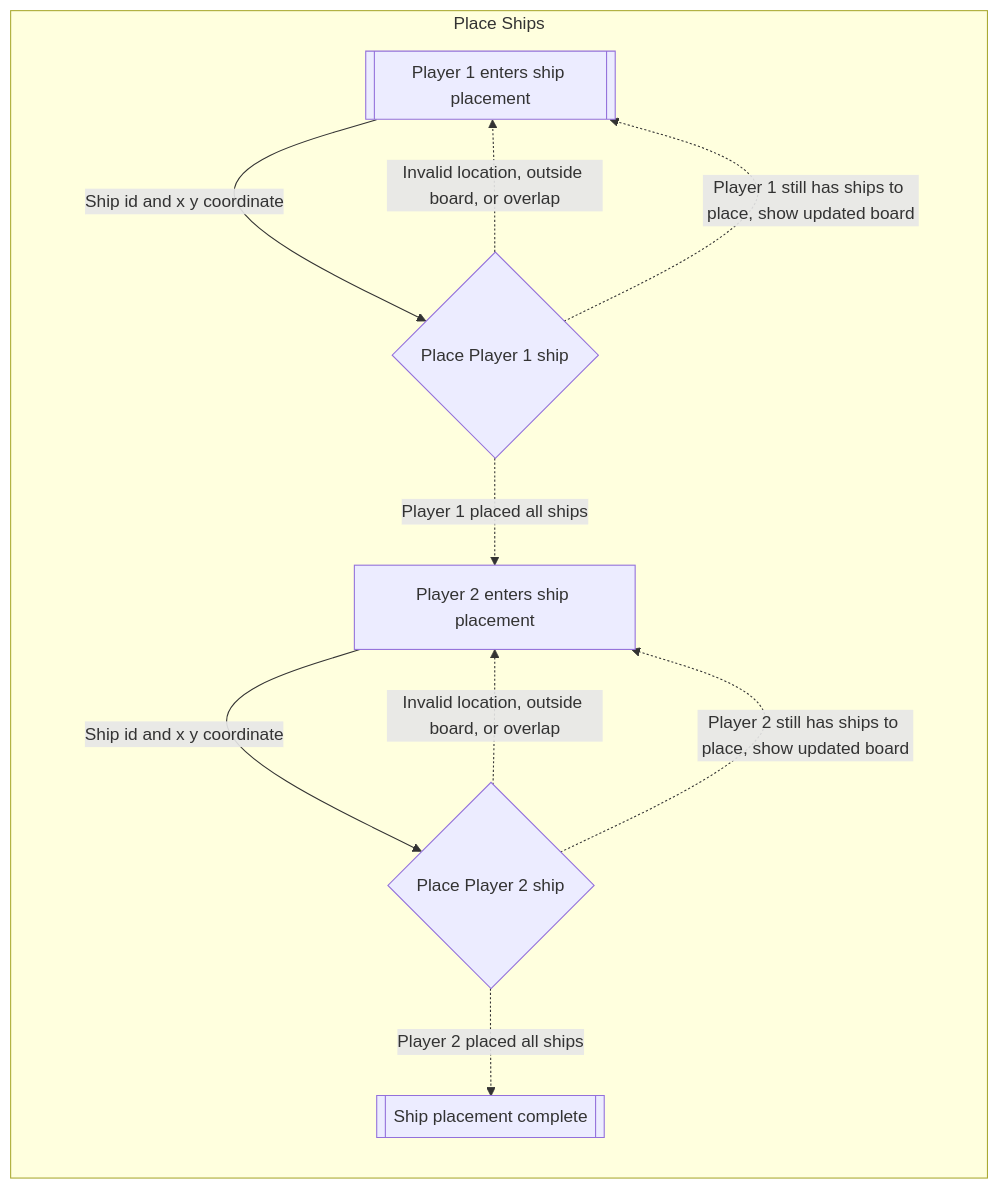
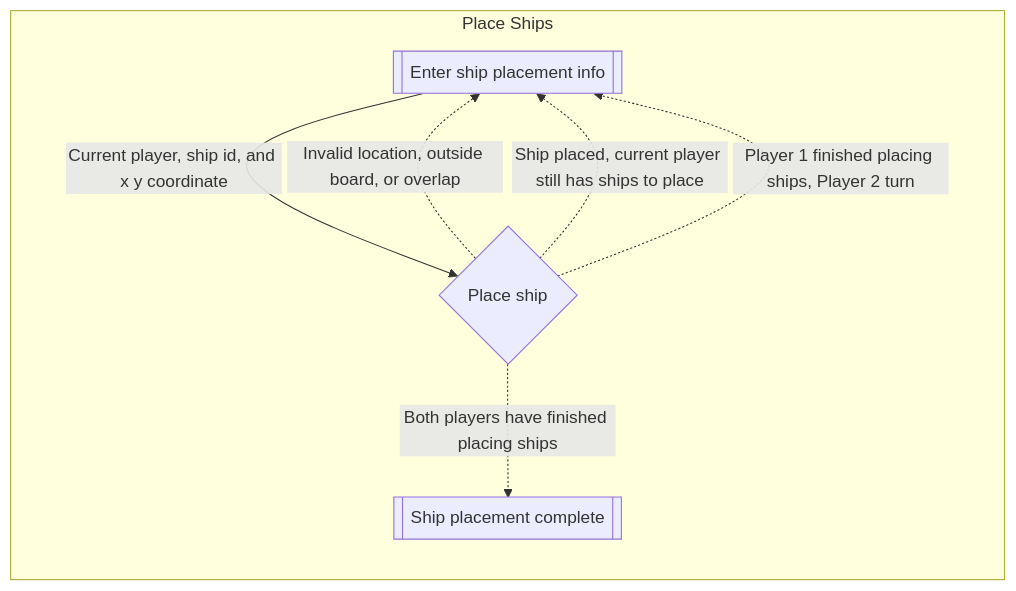
The third of 6 diagrams in README.md (ThienTang923/COMP-2450-Battleship), drawn with Mermaid before and after one commit. The commit also changed other lines of this file, not shown here.

Commit message:
update some change for phase 4 and work on flow chart of phase 3

````diff
--- a/README.md
+++ b/README.md
@@ -70,31 +176,22 @@
 ```mermaid
 flowchart
 subgraph Place Ships
     direction TB
-    playerOnePlacement[[Player 1 enters ship placement]]
-    
-    placePlayerOneShip{Place Player 1 ship}
-    
-    playerTwoPlacement[Player 2 enters ship placement]
-    
-    placePlayerTwoShip{Place Player 2 ship}
-    
+
+    getShipInfo[[Enter ship placement info]]
+
+    placeShip{Place ship}
+
     placementComplete[[Ship placement complete]]
-    
-    playerOnePlacement -- Ship id and x y coordinate --> placePlayerOneShip
-    
-    placePlayerOneShip -. Invalid location, outside board, or overlap .-> playerOnePlacement
-    
-    placePlayerOneShip -. Player 1 still has ships to place, show updated board .-> playerOnePlacement
-    
-    placePlayerOneShip -. Player 1 placed all ships .-> playerTwoPlacement
-    
-    playerTwoPlacement -- Ship id and x y coordinate --> placePlayerTwoShip
-    
-    placePlayerTwoShip -. Invalid location, outside board, or overlap .-> playerTwoPlacement
-    
-    placePlayerTwoShip -. Player 2 still has ships to place, show updated board .-> playerTwoPlacement
-    
-    placePlayerTwoShip -. Player 2 placed all ships .-> placementComplete
+
+    getShipInfo -- Current player, ship id, and x y coordinate --> placeShip
+
+    placeShip -. Invalid location, outside board, or overlap .-> getShipInfo
+
+    placeShip -. Ship placed, current player still has ships to place .-> getShipInfo
+
+    placeShip -. Player 1 finished placing ships, Player 2 turn .-> getShipInfo
+
+    placeShip -. Both players have finished placing ships .-> placementComplete
 end
 ```
````
